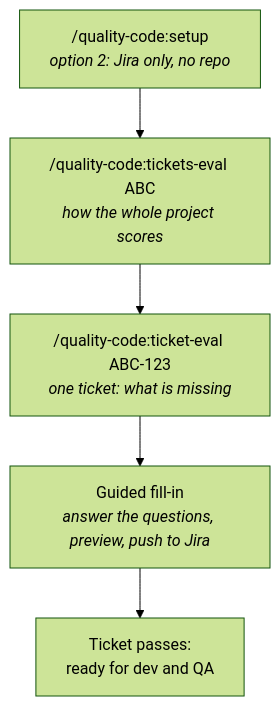
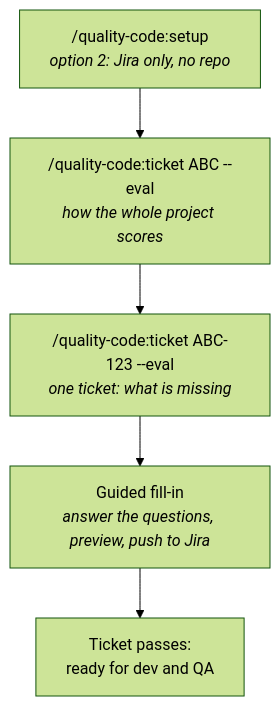
One commit to vissz28/agentic-testing changed the third of 3 diagrams in README.md. Above: the diagram before and after it, drawn with Mermaid (forest theme). The commit also changed other lines of this file and 39 other files, not shown here.

Commit message:
feat: fold ticket-eval and tickets-eval into ticket --eval

````diff
--- a/README.md
+++ b/README.md
@@ -64,7 +64,7 @@
 ```mermaid
 flowchart TD
-    A["/quality-code:setup<br/><i>option 2: Jira only, no repo</i>"] --> B["/quality-code:tickets-eval ABC<br/><i>how the whole project scores</i>"]
-    B --> C["/quality-code:ticket-eval ABC-123<br/><i>one ticket: what is missing</i>"]
+    A["/quality-code:setup<br/><i>option 2: Jira only, no repo</i>"] --> B["/quality-code:ticket ABC --eval<br/><i>how the whole project scores</i>"]
+    B --> C["/quality-code:ticket ABC-123 --eval<br/><i>one ticket: what is missing</i>"]
     C --> D["Guided fill-in<br/><i>answer the questions, preview, push to Jira</i>"]
     D --> E["Ticket passes:<br/>ready for dev and QA"]
 ```
````
